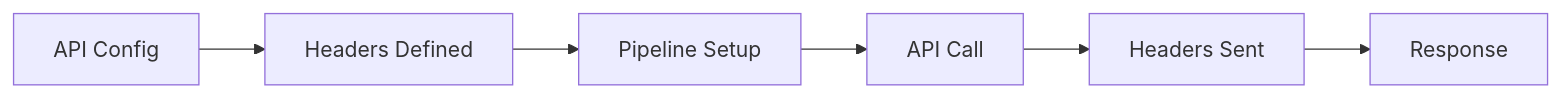
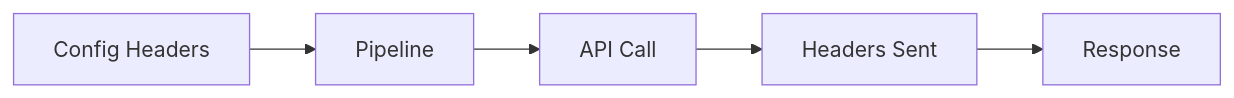
The first of 5 diagrams in examples/api_pipeline/08_api_custom_headers/README.md (wisrovi/wpipe), drawn with Mermaid before and after one commit. The commit also changed other lines of this file and 20 other files, not shown here.

First line of the commit message:
Simplify Mermaid diagrams for better rendering

````diff
--- a/examples/api_pipeline/08_api_custom_headers/README.md
+++ b/examples/api_pipeline/08_api_custom_headers/README.md
@@ -14,8 +14,7 @@
 ```mermaid
 graph LR
-    A[API Config] --> B[Headers Defined]
-    B --> C[Pipeline Setup]
-    C --> D[API Call]
-    D --> E[Headers Sent]
-    E --> F[Response]
+    A[Config Headers] --> B[Pipeline]
+    B --> C[API Call]
+    C --> D[Headers Sent]
+    D --> E[Response]
 ```
````
